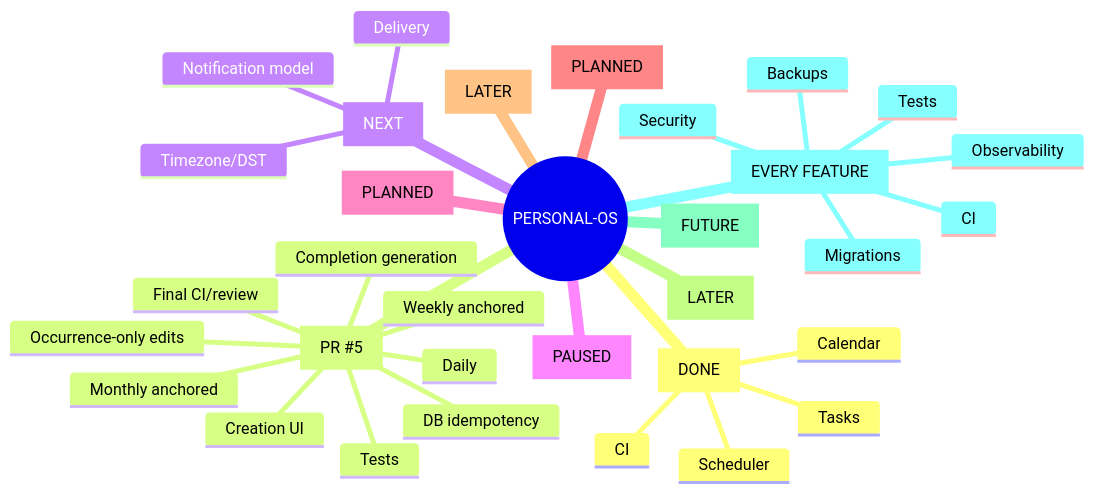
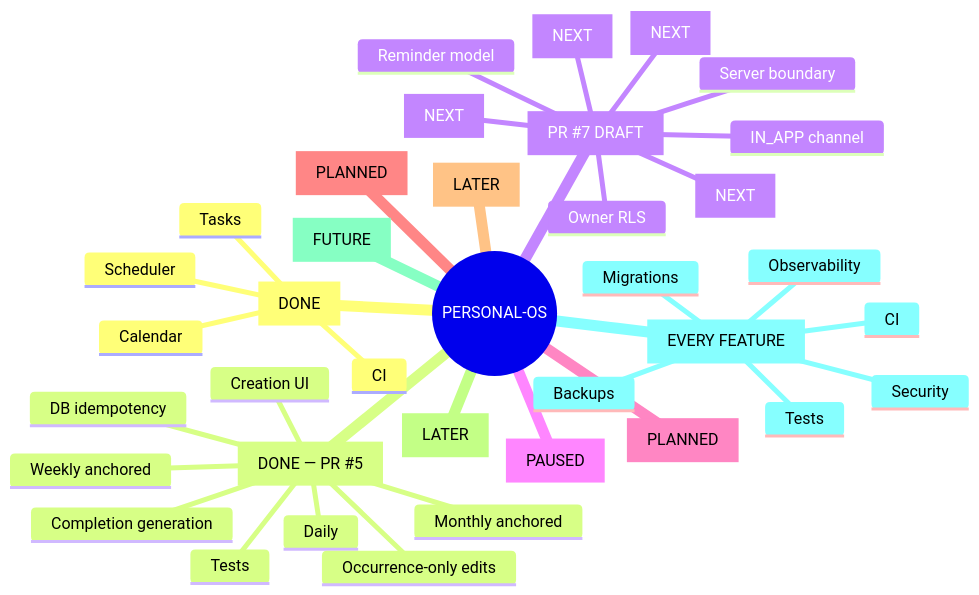
Before and after one commit to mohith-krishnaa/personal-os: the diagram in PROJECT_STATE.md, drawn with Mermaid. The commit also changed other lines of this file, not shown here.

Commit message:
docs: checkpoint recurring merge and reminders v1

````diff
--- a/PROJECT_STATE.md
+++ b/PROJECT_STATE.md
@@ -114,36 +128,40 @@
 ```mermaid
 mindmap
   root((PERSONAL-OS))
     Core Productivity [DONE]
       Tasks
       Scheduler
       Calendar
       CI
-    Recurring Tasks V1 [PR #5]
+    Recurring Tasks V1 [DONE — PR #5]
       Daily
       Weekly anchored
       Monthly anchored
       Completion generation
       DB idempotency
       Tests
       Creation UI
       Occurrence-only edits
-      Final CI/review
-    Reminders V1 [NEXT]
-      Notification model
-      Delivery
-      Timezone/DST
+    Reminders V1 [PR #7 DRAFT]
+      Reminder model
+      Owner RLS
+      Server boundary
+      IN_APP channel
+      Delivery worker [NEXT]
+      Notification UI [NEXT]
+      Timezone/DST [NEXT]
+      Delivery idempotency [NEXT]
     Progress & Streaks [PAUSED]
     Organization [PLANNED]
     Analytics [PLANNED]
     AI Assistant [LATER]
     Research Agent [LATER]
     Adaptive Scheduling [FUTURE]
     Quality Gates [EVERY FEATURE]
       Security
       Tests
       CI
       Migrations
       Observability
       Backups
 ```
````
